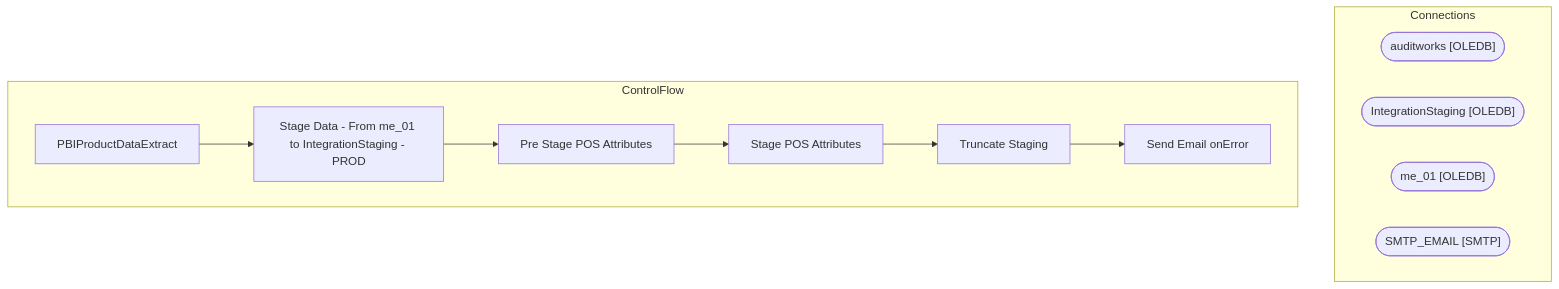
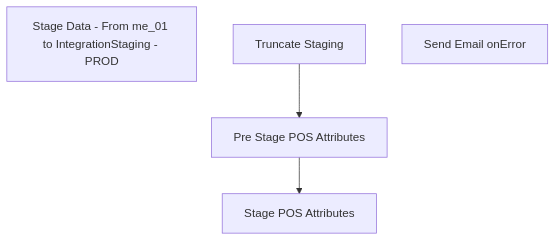
One commit to juanandresbrain/BABSkills changed the diagram in bab-docs-explorer/Documentation/STL-SSIS-P-01/SSIS/POS/PBIProductDataExtract.PBIProductDataExtract.md. Above: the diagram before and after it, drawn with Mermaid. The commit also changed other lines of this file and 273 other files, not shown here.

````diff
--- a/bab-docs-explorer/Documentation/STL-SSIS-P-01/SSIS/POS/PBIProductDataExtract.PBIProductDataExtract.md
+++ b/bab-docs-explorer/Documentation/STL-SSIS-P-01/SSIS/POS/PBIProductDataExtract.PBIProductDataExtract.md
@@ -9,22 +39,10 @@
 ```mermaid
 flowchart TD
-    subgraph Connections
-        auditworks_conn(["auditworks [OLEDB]"])
-        IntegrationStaging_conn(["IntegrationStaging [OLEDB]"])
-        me_01_conn(["me_01 [OLEDB]"])
-        SMTP_EMAIL_conn(["SMTP_EMAIL [SMTP]"])
-    end
-    subgraph ControlFlow
-        PBIProductDataExtract_task["PBIProductDataExtract"]
-        Stage_Data___From_me_01_to_IntegrationStaging___PROD_task["Stage Data - From me_01 to IntegrationStaging - PROD"]
-        PBIProductDataExtract_task --> Stage_Data___From_me_01_to_IntegrationStaging___PROD_task
-        Pre_Stage_POS_Attributes_task["Pre Stage POS Attributes"]
-        Stage_Data___From_me_01_to_IntegrationStaging___PROD_task --> Pre_Stage_POS_Attributes_task
-        Stage_POS_Attributes_task["Stage POS Attributes"]
-        Pre_Stage_POS_Attributes_task --> Stage_POS_Attributes_task
-        Truncate_Staging_task["Truncate Staging"]
-        Stage_POS_Attributes_task --> Truncate_Staging_task
-        Send_Email_onError_task["Send Email onError"]
-        Truncate_Staging_task --> Send_Email_onError_task
-    end
+    n_Package_Stage_Data___From_me_01_to_IntegrationStaging___PROD["Stage Data - From me_01 to IntegrationStaging - PROD"]
+    n_Package_Stage_Data___From_me_01_to_IntegrationStaging___PROD_Pre_Stage_POS_Attributes["Pre Stage POS Attributes"]
+    n_Package_Stage_Data___From_me_01_to_IntegrationStaging___PROD_Stage_POS_Attributes["Stage POS Attributes"]
+    n_Package_Stage_Data___From_me_01_to_IntegrationStaging___PROD_Truncate_Staging["Truncate Staging"]
+    n_Package_EventHandlers_OnError__Send_Email_onError["Send Email onError"]
+    n_Package_Stage_Data___From_me_01_to_IntegrationStaging___PROD_Pre_Stage_POS_Attributes --> n_Package_Stage_Data___From_me_01_to_IntegrationStaging___PROD_Stage_POS_Attributes
+    n_Package_Stage_Data___From_me_01_to_IntegrationStaging___PROD_Truncate_Staging --> n_Package_Stage_Data___From_me_01_to_IntegrationStaging___PROD_Pre_Stage_POS_Attributes
 ```
````
